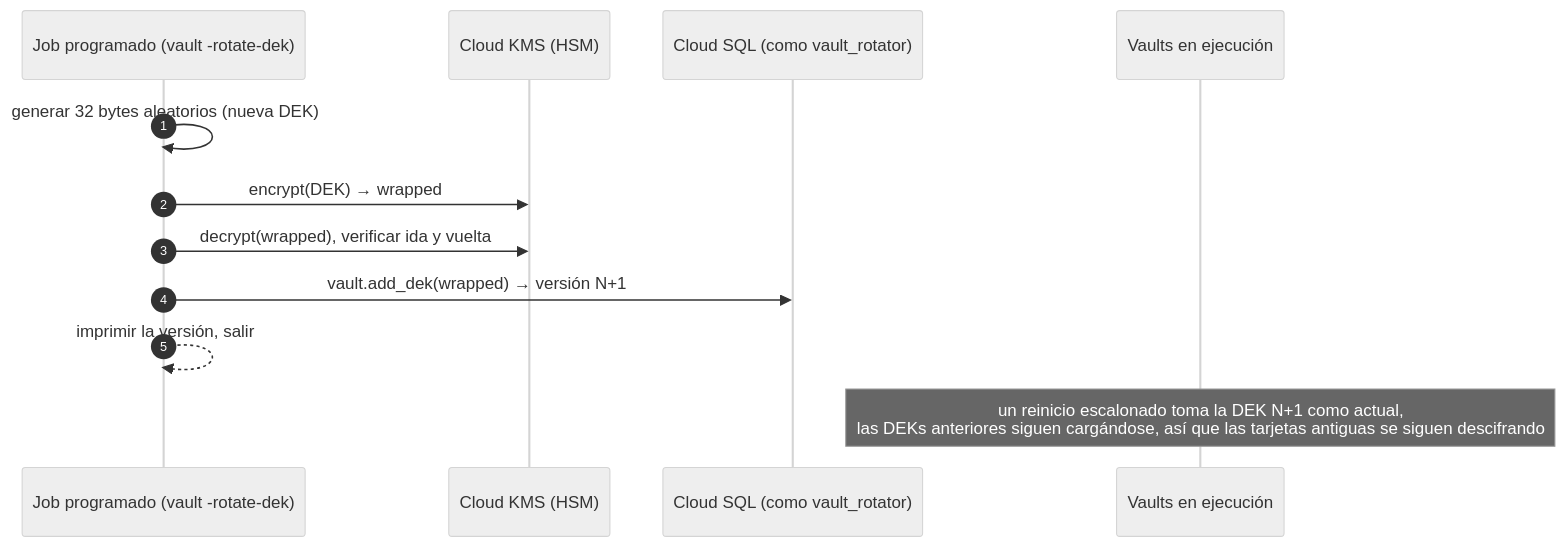
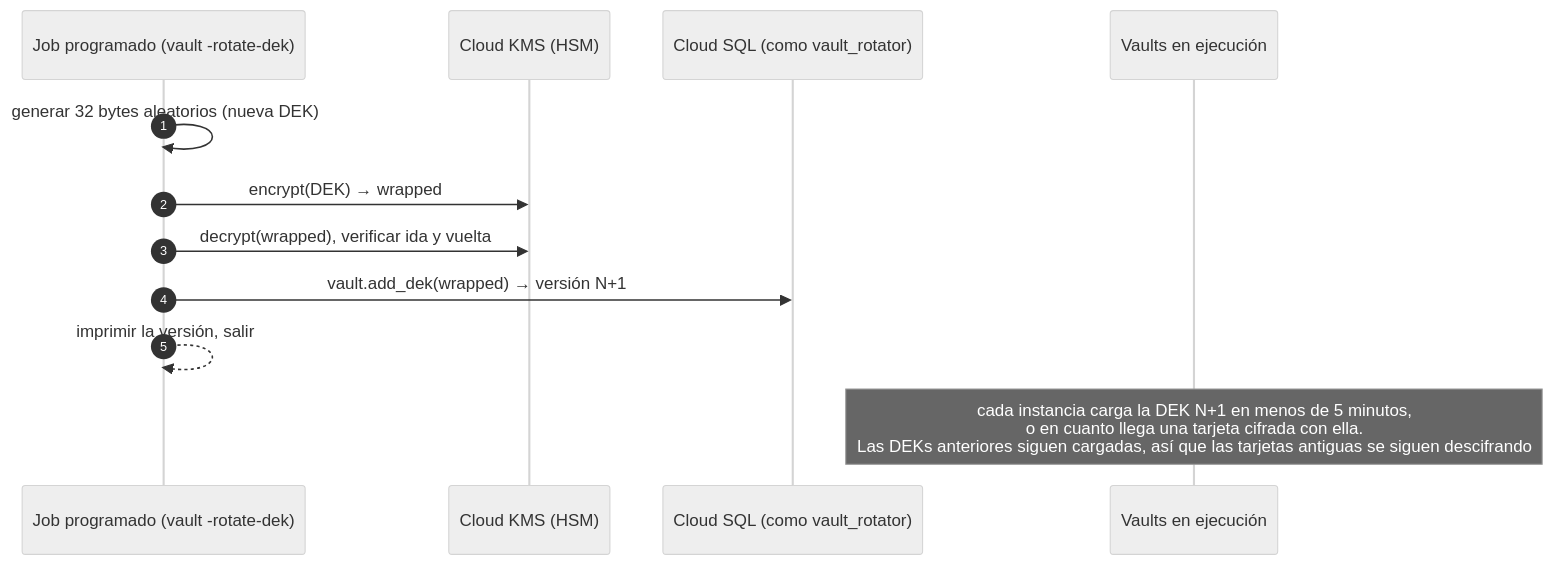
Before and after one commit to camcima/tokenizer: diagram 11 of 11 in README.es.md, drawn with Mermaid (neutral theme). The commit also changed other lines of this file and 12 other files, not shown here.

````diff
--- a/README.es.md
+++ b/README.es.md
@@ -636,15 +640,15 @@
 ```mermaid
 sequenceDiagram
     autonumber
     participant J as Job programado (vault -rotate-dek)
     participant KMS as Cloud KMS (HSM)
     participant DB as Cloud SQL (como vault_rotator)
     participant V as Vaults en ejecución
 
     J->>J: generar 32 bytes aleatorios (nueva DEK)
     J->>KMS: encrypt(DEK) → wrapped
     J->>KMS: decrypt(wrapped), verificar ida y vuelta
     J->>DB: vault.add_dek(wrapped) → versión N+1
     J-->>J: imprimir la versión, salir
-    Note over V: un reinicio escalonado toma la DEK N+1 como actual,<br/>las DEKs anteriores siguen cargándose, así que las tarjetas antiguas se siguen descifrando
+    Note over V: cada instancia carga la DEK N+1 en menos de 5 minutos,<br/>o en cuanto llega una tarjeta cifrada con ella.<br/>Las DEKs anteriores siguen cargadas, así que las tarjetas antiguas se siguen descifrando
 ```
````
